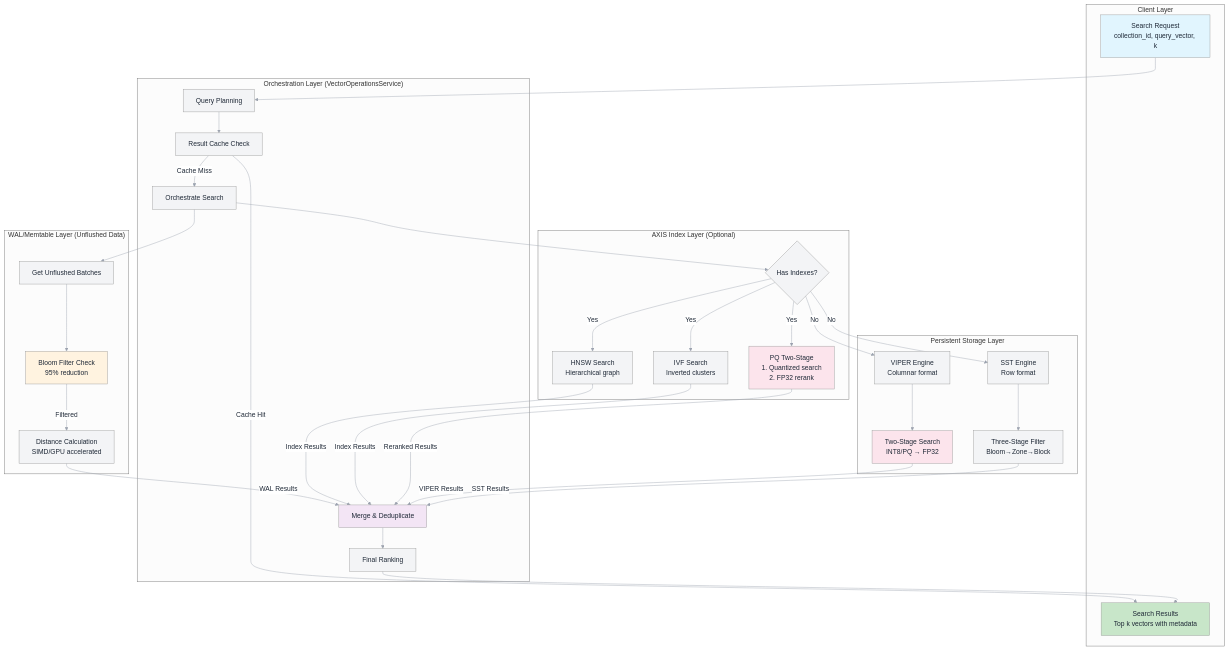
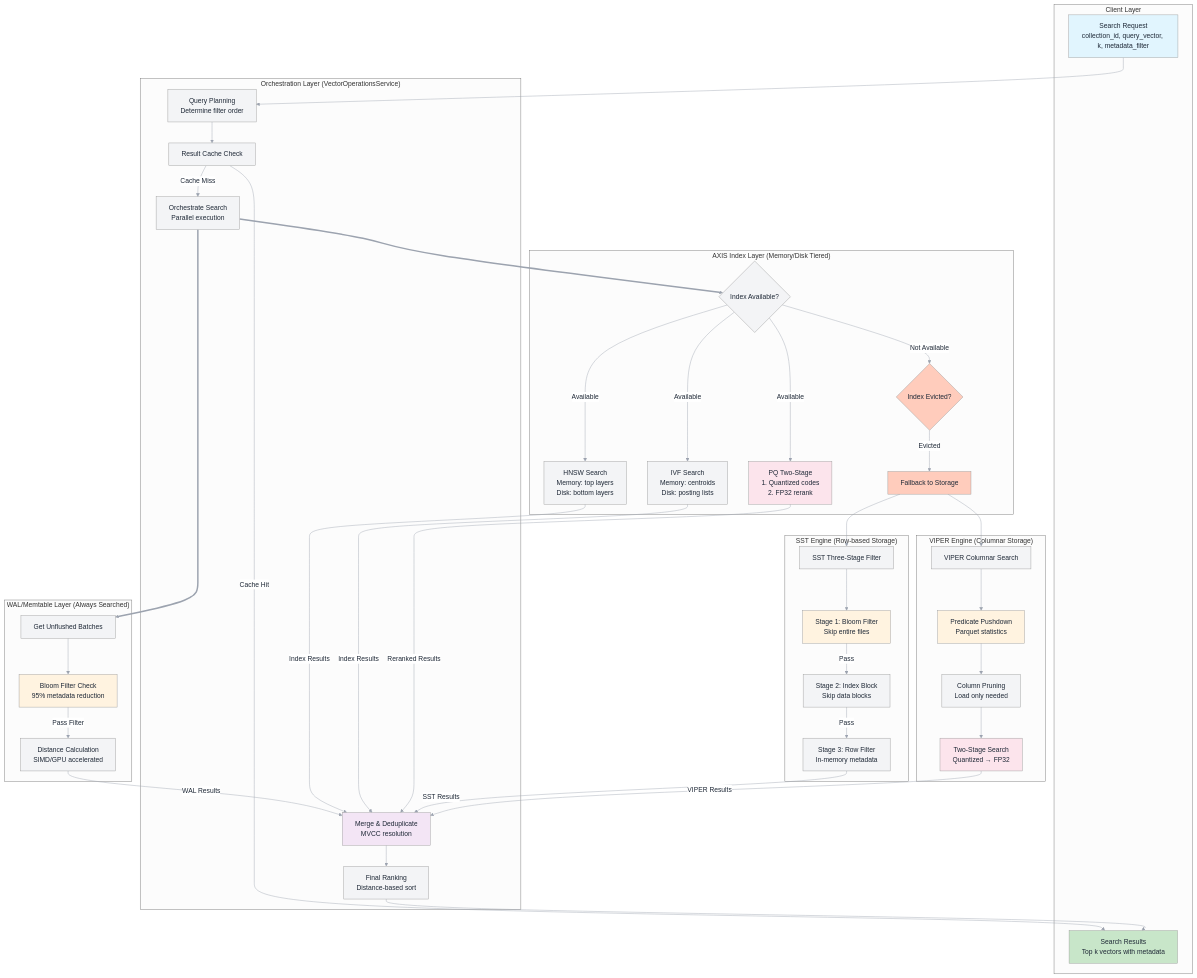
One commit to vjsingh1984/proximaDB changed the diagram in docs/diagrams/search_orchestration_swimlanes.mmd. Above: the diagram before and after it, drawn with Mermaid. The commit also changed 14 other files, not shown here.

First line of the commit message:
feat: comprehensive AXIS unified tiering architecture

```diff
--- a/docs/diagrams/search_orchestration_swimlanes.mmd
+++ b/docs/diagrams/search_orchestration_swimlanes.mmd
@@ -1,71 +1,98 @@
 %%{init: {'theme':'neutral', 'themeVariables': {'primaryColor':'#3b82f6','primaryTextColor':'#1f2937','primaryBorderColor':'#6b7280','lineColor':'#9ca3af','secondaryColor':'#10b981','tertiaryColor':'#f59e0b','background':'transparent','mainBkg':'#f3f4f6','secondBkg':'#e5e7eb','textColor':'#1f2937'}}}%%
 
 flowchart TB
     subgraph Client ["Client Layer"]
-        A[Search Request<br/>collection_id, query_vector, k]
+        A[Search Request<br/>collection_id, query_vector, k, metadata_filter]
         Z[Search Results<br/>Top k vectors with metadata]
     end
     
     subgraph Orchestration ["Orchestration Layer (VectorOperationsService)"]
-        B[Query Planning]
+        B[Query Planning<br/>Determine filter order]
         C[Result Cache Check]
-        D[Orchestrate Search]
-        E[Merge & Deduplicate]
-        F[Final Ranking]
+        D[Orchestrate Search<br/>Parallel execution]
+        E[Merge & Deduplicate<br/>MVCC resolution]
+        F[Final Ranking<br/>Distance-based sort]
     end
     
-    subgraph WAL ["WAL/Memtable Layer (Unflushed Data)"]
+    subgraph WAL ["WAL/Memtable Layer (Always Searched)"]
         G[Get Unflushed Batches]
-        H[Bloom Filter Check<br/>95% reduction]
+        H[Bloom Filter Check<br/>95% metadata reduction]
         I[Distance Calculation<br/>SIMD/GPU accelerated]
     end
     
-    subgraph Indexes ["AXIS Index Layer (Optional)"]
-        J{Has Indexes?}
-        K[HNSW Search<br/>Hierarchical graph]
-        L[IVF Search<br/>Inverted clusters]
-        M[PQ Two-Stage<br/>1. Quantized search<br/>2. FP32 rerank]
+    subgraph Indexes ["AXIS Index Layer (Memory/Disk Tiered)"]
+        J{Index Available?}
+        JE{Index Evicted?}
+        K[HNSW Search<br/>Memory: top layers<br/>Disk: bottom layers]
+        L[IVF Search<br/>Memory: centroids<br/>Disk: posting lists]
+        M[PQ Two-Stage<br/>1. Quantized codes<br/>2. FP32 rerank]
+        FB[Fallback to Storage]
     end
     
-    subgraph Storage ["Persistent Storage Layer"]
-        N[VIPER Engine<br/>Columnar format]
-        O[SST Engine<br/>Row format]
-        P[Two-Stage Search<br/>INT8/PQ → FP32]
-        Q[Three-Stage Filter<br/>Bloom→Zone→Block]
+    subgraph SST ["SST Engine (Row-based Storage)"]
+        O[SST Three-Stage Filter]
+        Q1[Stage 1: Bloom Filter<br/>Skip entire files]
+        Q2[Stage 2: Index Block<br/>Skip data blocks]
+        Q3[Stage 3: Row Filter<br/>In-memory metadata]
+    end
+    
+    subgraph VIPER ["VIPER Engine (Columnar Storage)"]
+        N[VIPER Columnar Search]
+        P1[Predicate Pushdown<br/>Parquet statistics]
+        P2[Column Pruning<br/>Load only needed]
+        P3[Two-Stage Search<br/>Quantized → FP32]
     end
     
     %% Flow connections
     A --> B
     B --> C
     C -->|Cache Miss| D
     C -->|Cache Hit| Z
     
-    D --> G
+    %% WAL always searched
+    D ==> G
     G --> H
-    H -->|Filtered| I
+    H -->|Pass Filter| I
     I -->|WAL Results| E
     
-    D --> J
-    J -->|Yes| K
-    J -->|Yes| L
-    J -->|Yes| M
+    %% Index path with eviction handling
+    D ==> J
+    J -->|Available| K
+    J -->|Available| L
+    J -->|Available| M
+    J -->|Not Available| JE
+    JE -->|Evicted| FB
+    FB --> O
+    FB --> N
+    
     K -->|Index Results| E
     L -->|Index Results| E
     M -->|Reranked Results| E
     
-    J -->|No| N
-    J -->|No| O
-    N --> P
-    P -->|VIPER Results| E
-    O --> Q
-    Q -->|SST Results| E
+    %% SST three-stage pipeline
+    O --> Q1
+    Q1 -->|Pass| Q2
+    Q2 -->|Pass| Q3
+    Q3 -->|SST Results| E
     
+    %% VIPER columnar pipeline
+    N --> P1
+    P1 --> P2
+    P2 --> P3
+    P3 -->|VIPER Results| E
+    
+    %% Final merge and return
     E --> F
     F --> Z
     
+    %% Styling
     style A fill:#e1f5fe
     style Z fill:#c8e6c9
     style H fill:#fff3e0
+    style Q1 fill:#fff3e0
+    style P1 fill:#fff3e0
     style M fill:#fce4ec
-    style P fill:#fce4ec
+    style P3 fill:#fce4ec
     style E fill:#f3e5f5
+    style JE fill:#ffccbc
+    style FB fill:#ffccbc
```
